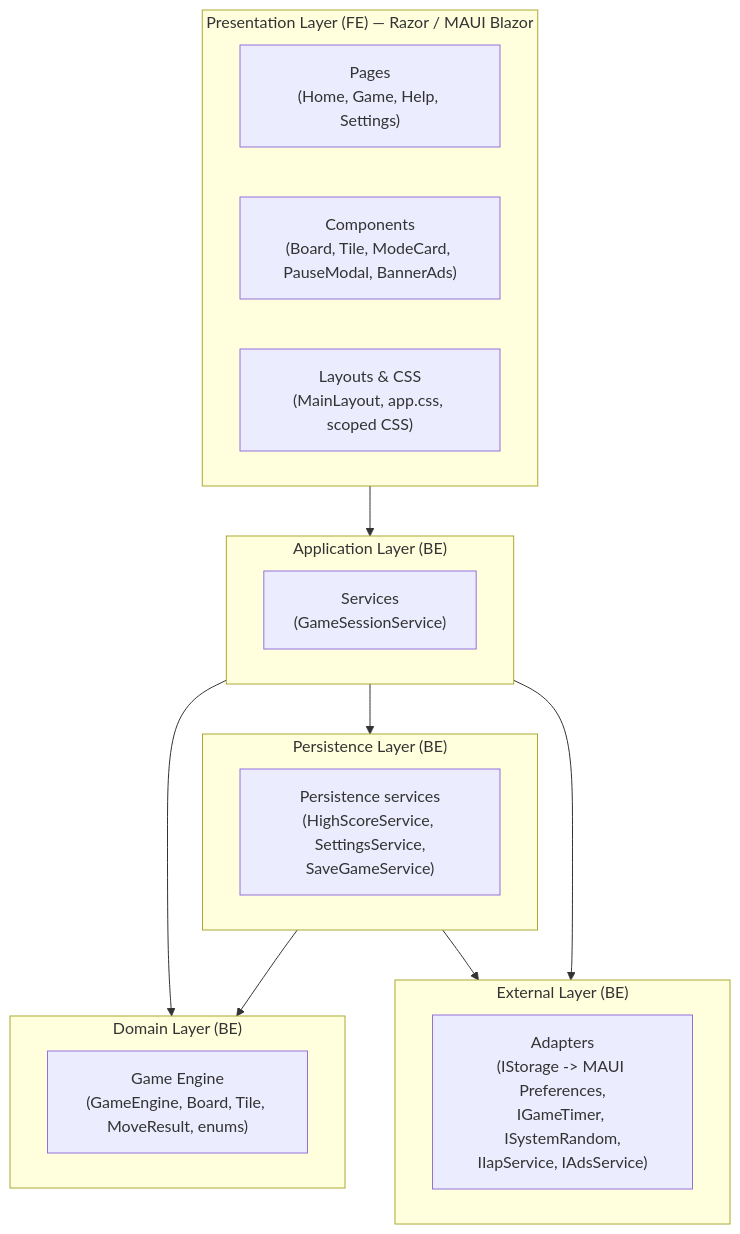
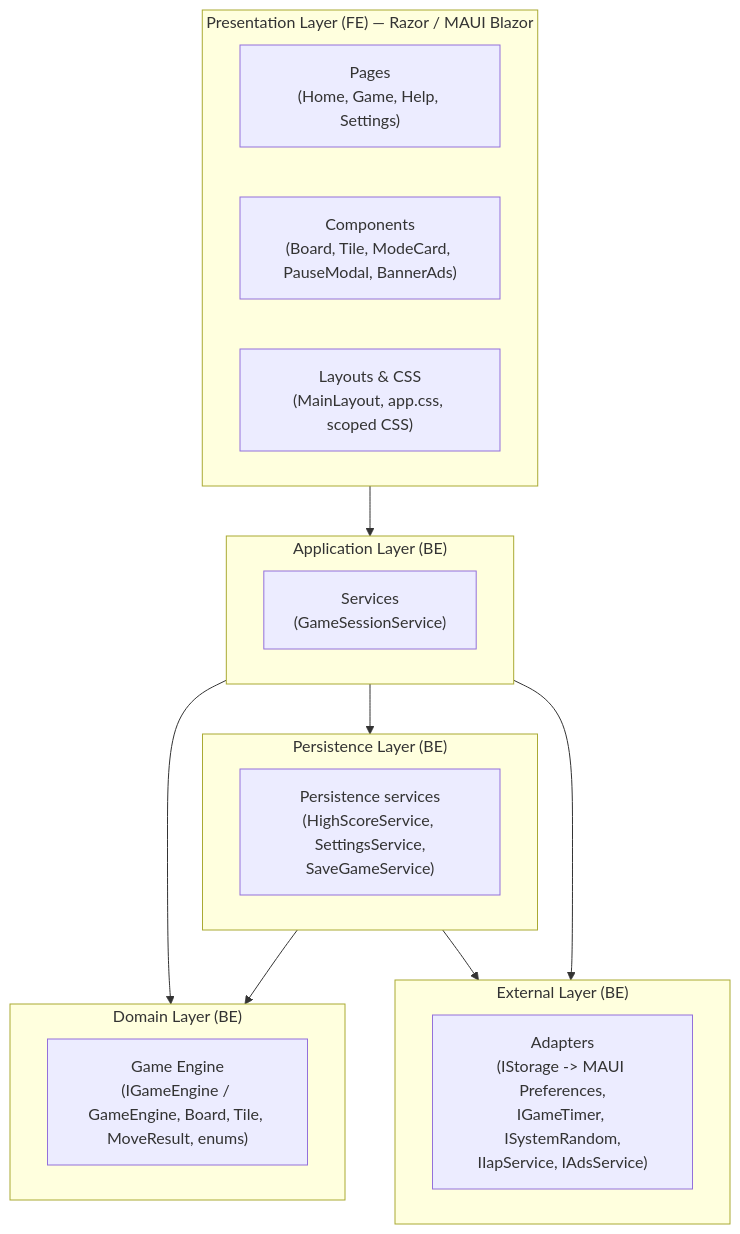
The first of 9 diagrams in Docs/software_design.md (LeThaiAn15112004/2048-Infinity-Merge), drawn with Mermaid before and after one commit. The commit also changed other lines of this file and 3 other files, not shown here.

````diff
--- a/Docs/software_design.md
+++ b/Docs/software_design.md
@@ -78,31 +79,31 @@
 ```mermaid
 flowchart TB
     subgraph Presentation["Presentation Layer (FE) — Razor / MAUI Blazor"]
         UI_Pages["Pages<br/>(Home, Game, Help, Settings)"]
         UI_Comp["Components<br/>(Board, Tile, ModeCard, PauseModal, BannerAds)"]
         UI_Layout["Layouts & CSS<br/>(MainLayout, app.css, scoped CSS)"]
     end
 
     subgraph Application["Application Layer (BE)"]
         AppSvc["Services<br/>(GameSessionService)"]
     end
 
     subgraph Domain["Domain Layer (BE)"]
-        DomainCore["Game Engine<br/>(GameEngine, Board, Tile, MoveResult, enums)"]
+        DomainCore["Game Engine<br/>(IGameEngine / GameEngine, Board, Tile, MoveResult, enums)"]
     end
 
     subgraph Persistence["Persistence Layer (BE)"]
         Persist["Persistence services<br/>(HighScoreService, SettingsService,<br/>SaveGameService)"]
     end
 
     subgraph External["External Layer (BE)"]
         Infra["Adapters<br/>(IStorage -> MAUI Preferences,<br/>IGameTimer, ISystemRandom,<br/>IIapService, IAdsService)"]
     end
 
     Presentation --> Application
     Application --> Domain
     Application --> Persistence
     Persistence --> Domain
     Persistence --> External
     Application --> External
 ```
````
